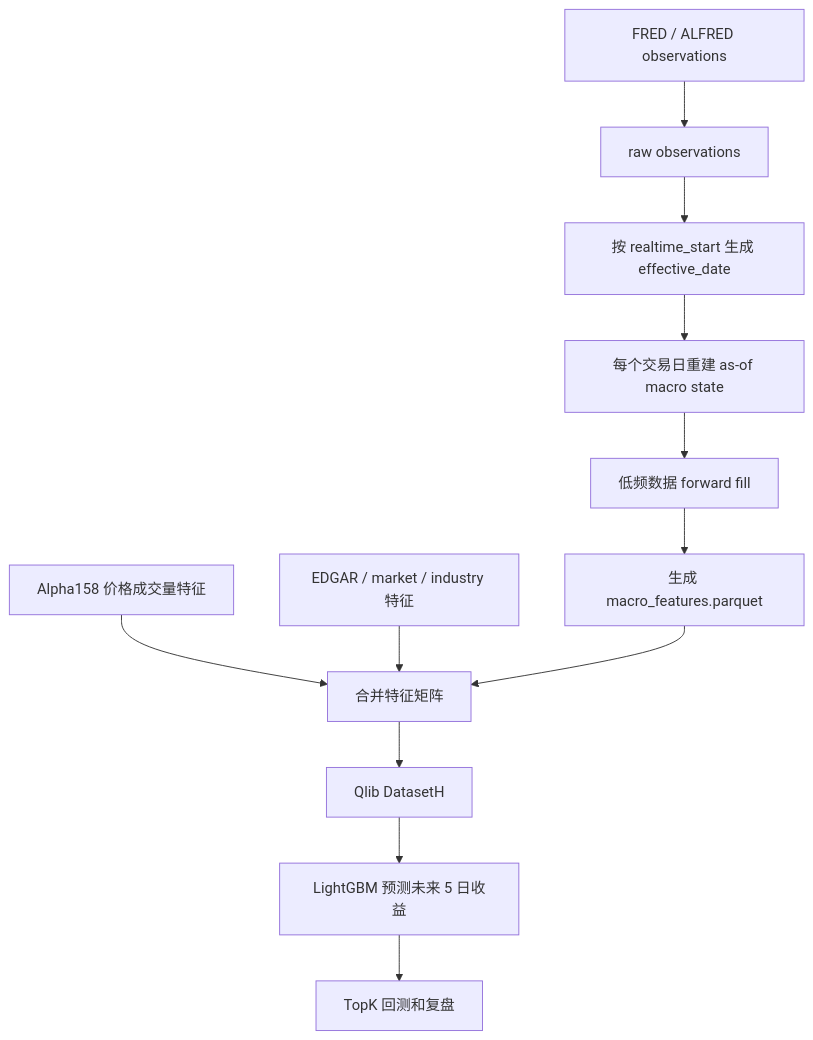
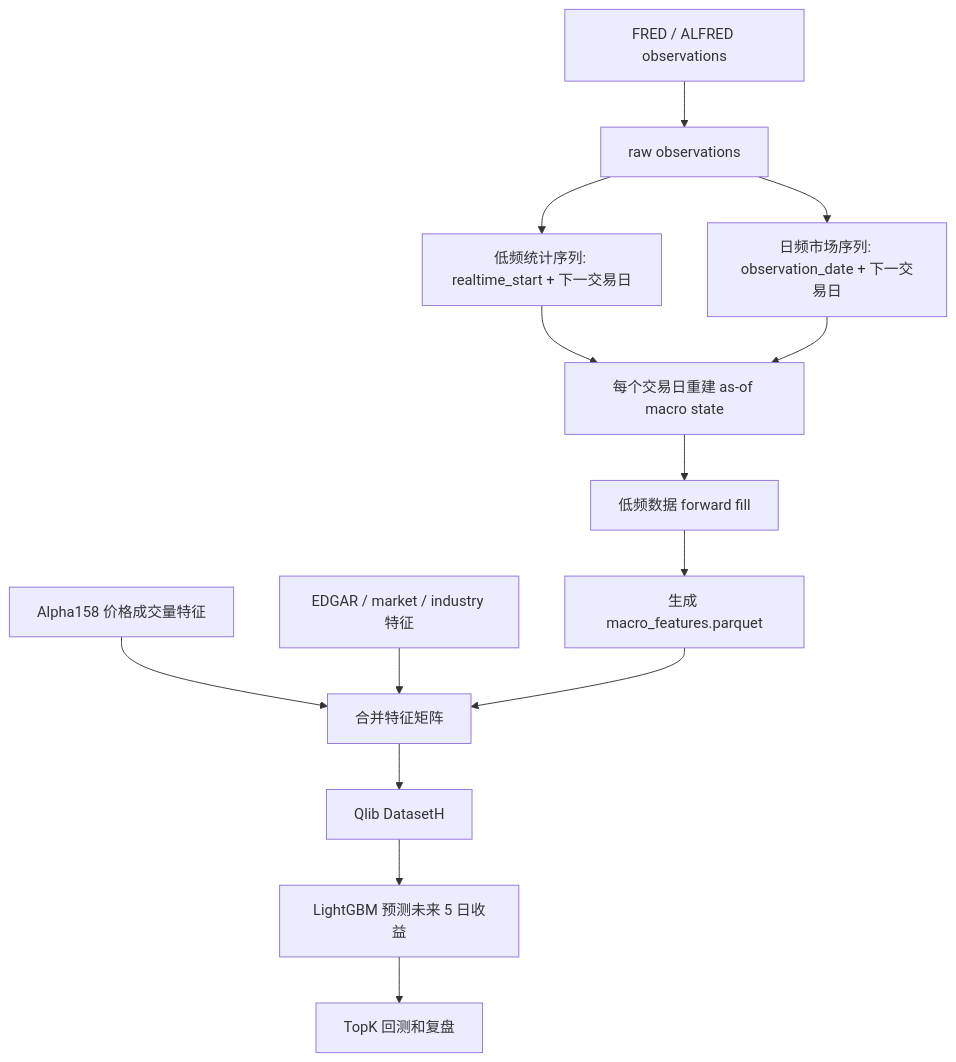
The diagram in learning/05-data-expansion/FRED ALFRED Macro Features Integration.md (theFlyYun/qlib), drawn with Mermaid before and after one commit. The commit also changed other lines of this file and 8 other files, not shown here.

````diff
--- a/learning/05-data-expansion/FRED ALFRED Macro Features Integration.md
+++ b/learning/05-data-expansion/FRED ALFRED Macro Features Integration.md
@@ -70,14 +71,16 @@
 ```mermaid
 flowchart TD
   A["FRED / ALFRED observations"] --> B["raw observations"]
-  B --> C["按 realtime_start 生成 effective_date"]
-  C --> D["每个交易日重建 as-of macro state"]
+  B --> C1["低频统计序列: realtime_start + 下一交易日"]
+  B --> C2["日频市场序列: observation_date + 下一交易日"]
+  C1 --> D["每个交易日重建 as-of macro state"]
+  C2 --> D
   D --> E["低频数据 forward fill"]
   E --> F["生成 macro_features.parquet"]
   G["Alpha158 价格成交量特征"] --> I["合并特征矩阵"]
   H["EDGAR / market / industry 特征"] --> I
   F --> I
   I --> J["Qlib DatasetH"]
   J --> K["LightGBM 预测未来 5 日收益"]
   K --> L["TopK 回测和复盘"]
 ```
````
